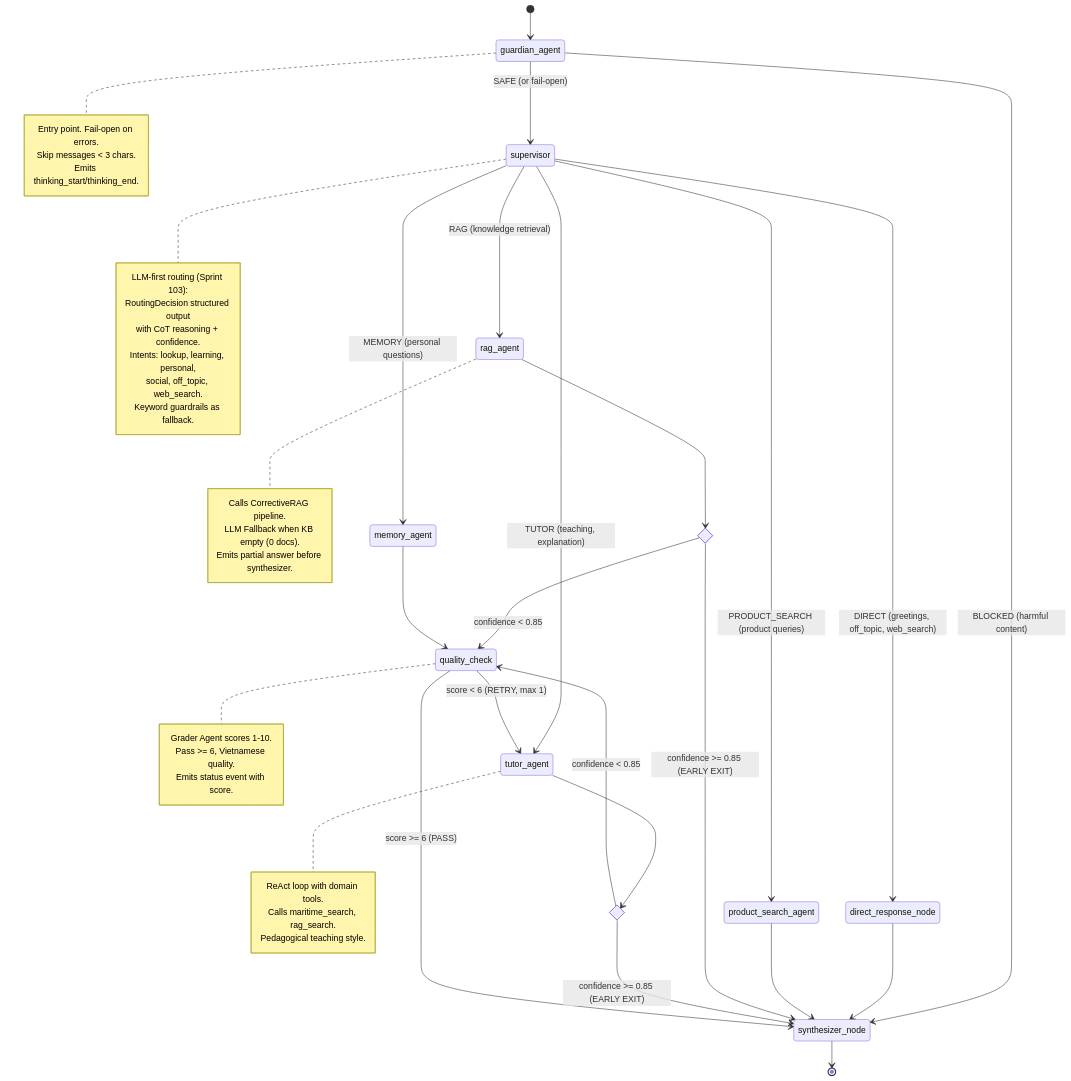
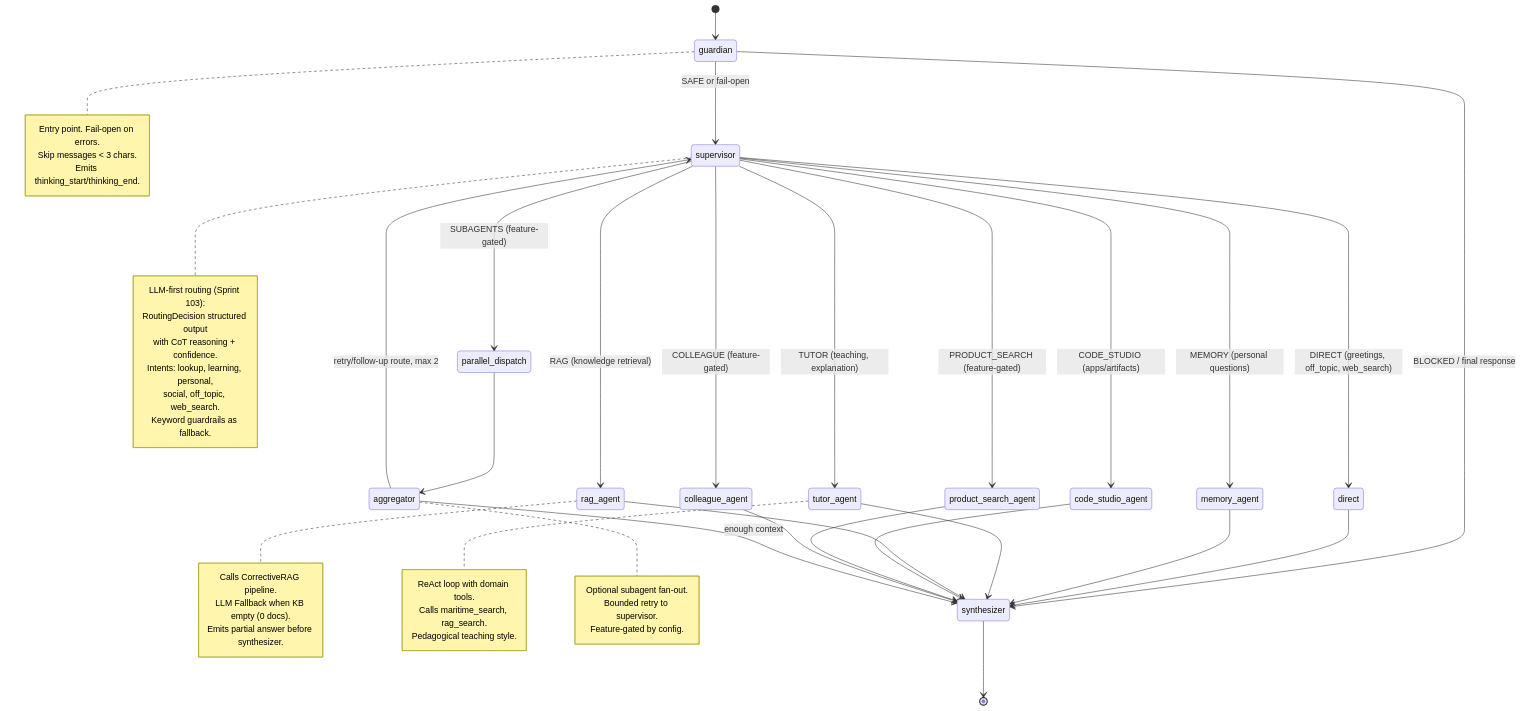
The fifth of 20 diagrams in maritime-ai-service/docs/architecture/SYSTEM_FLOW.md (meiiie/wiii), drawn with Mermaid before and after one commit. The commit also changed other lines of this file and 18 other files, not shown here.

First line of the commit message:
docs: align architecture with WiiiRunner runtime (#143)

````diff
--- a/maritime-ai-service/docs/architecture/SYSTEM_FLOW.md
+++ b/maritime-ai-service/docs/architecture/SYSTEM_FLOW.md
@@ -318,66 +319,63 @@
 ```mermaid
 stateDiagram-v2
-    [*] --> guardian_agent
+    [*] --> guardian
 
-    guardian_agent --> supervisor: SAFE (or fail-open)
-    guardian_agent --> synthesizer_node: BLOCKED (harmful content)
+    guardian --> supervisor: SAFE or fail-open
+    guardian --> synthesizer: BLOCKED / final response
 
-    supervisor --> direct_response_node: DIRECT (greetings, off_topic, web_search)
+    supervisor --> direct: DIRECT (greetings, off_topic, web_search)
     supervisor --> memory_agent: MEMORY (personal questions)
     supervisor --> tutor_agent: TUTOR (teaching, explanation)
     supervisor --> rag_agent: RAG (knowledge retrieval)
-    supervisor --> product_search_agent: PRODUCT_SEARCH (product queries)
+    supervisor --> code_studio_agent: CODE_STUDIO (apps/artifacts)
+    supervisor --> product_search_agent: PRODUCT_SEARCH (feature-gated)
+    supervisor --> colleague_agent: COLLEAGUE (feature-gated)
+    supervisor --> parallel_dispatch: SUBAGENTS (feature-gated)
 
-    direct_response_node --> synthesizer_node
-    product_search_agent --> synthesizer_node
+    direct --> synthesizer
+    memory_agent --> synthesizer
+    tutor_agent --> synthesizer
+    rag_agent --> synthesizer
+    code_studio_agent --> synthesizer
+    product_search_agent --> synthesizer
+    colleague_agent --> synthesizer
 
-    state rag_check <<choice>>
-    rag_agent --> rag_check
-    rag_check --> synthesizer_node: confidence >= 0.85 (EARLY EXIT)
-    rag_check --> quality_check: confidence < 0.85
+    parallel_dispatch --> aggregator
+    aggregator --> synthesizer: enough context
+    aggregator --> supervisor: retry/follow-up route, max 2
 
-    state tutor_check <<choice>>
-    tutor_agent --> tutor_check
-    tutor_check --> synthesizer_node: confidence >= 0.85 (EARLY EXIT)
-    tutor_check --> quality_check: confidence < 0.85
+    synthesizer --> [*]
 
-    memory_agent --> quality_check
-
-    quality_check --> synthesizer_node: score >= 6 (PASS)
-    quality_check --> tutor_agent: score < 6 (RETRY, max 1)
-
-    synthesizer_node --> [*]
-
-    note right of guardian_agent
+    note right of guardian
         Entry point. Fail-open on errors.
         Skip messages < 3 chars.
         Emits thinking_start/thinking_end.
     end note
 
     note right of supervisor
         LLM-first routing (Sprint 103):
         RoutingDecision structured output
         with CoT reasoning + confidence.
         Intents: lookup, learning, personal,
         social, off_topic, web_search.
         Keyword guardrails as fallback.
     end note
 
     note right of rag_agent
         Calls CorrectiveRAG pipeline.
         LLM Fallback when KB empty (0 docs).
         Emits partial answer before synthesizer.
     end note
 
     note right of tutor_agent
         ReAct loop with domain tools.
         Calls maritime_search, rag_search.
         Pedagogical teaching style.
     end note
 
-    note right of quality_check
-        Grader Agent scores 1-10.
-        Pass >= 6, Vietnamese quality.
-        Emits status event with score.
+    note right of aggregator
+        Optional subagent fan-out.
+        Bounded retry to supervisor.
+        Feature-gated by config.
     end note
 ```
````
